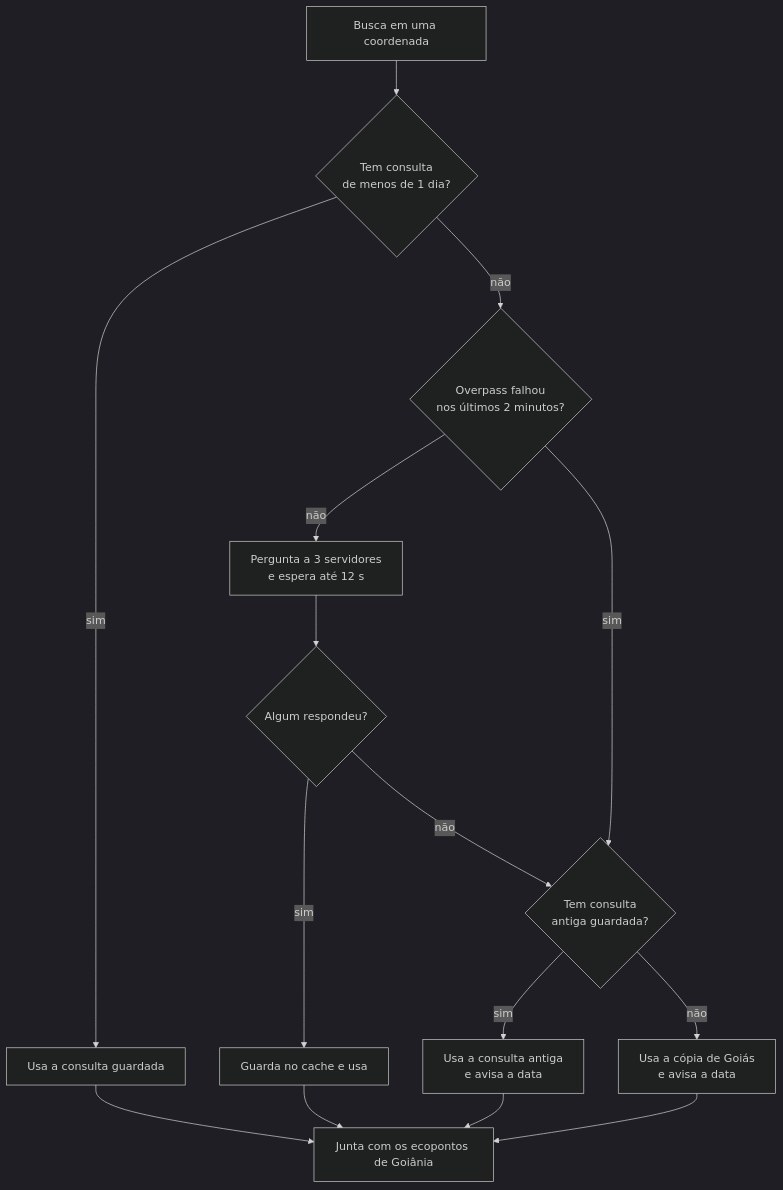
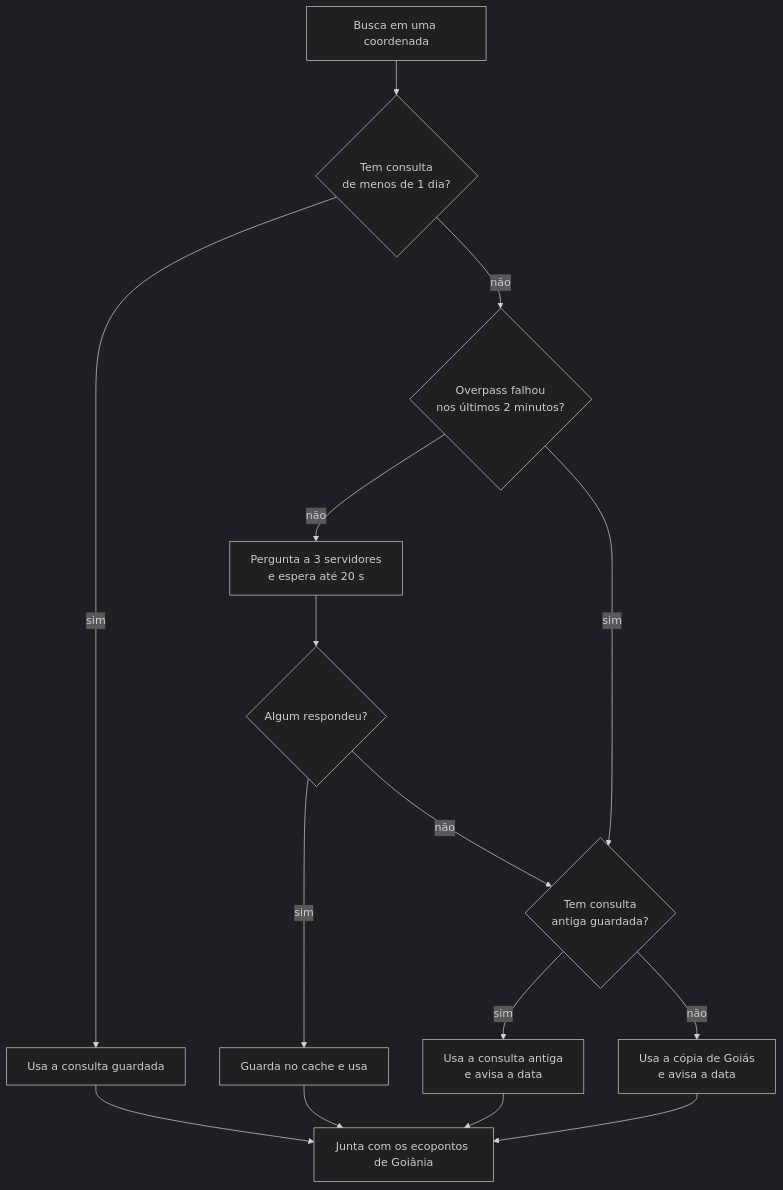
Before and after one commit to GustasSilva/residuogo: the third of 4 diagrams in docs/DIAGRAMAS.md, drawn with Mermaid (dark theme). The commit also changed 7 other files, not shown here.

````diff
--- a/docs/DIAGRAMAS.md
+++ b/docs/DIAGRAMAS.md
@@ -66,17 +66,17 @@
 ```mermaid
 flowchart TD
     inicio["Busca em uma coordenada"] --> cache{"Tem consulta<br/>de menos de 1 dia?"}
     cache -- sim --> usar["Usa a consulta guardada"]
     cache -- não --> falhou{"Overpass falhou<br/>nos últimos 2 minutos?"}
-    falhou -- não --> perguntar["Pergunta a 3 servidores<br/>e espera até 12 s"]
+    falhou -- não --> perguntar["Pergunta a 3 servidores<br/>e espera até 20 s"]
     perguntar --> respondeu{"Algum respondeu?"}
     respondeu -- sim --> guardar["Guarda no cache e usa"]
     respondeu -- não --> antiga{"Tem consulta<br/>antiga guardada?"}
     falhou -- sim --> antiga
     antiga -- sim --> aviso1["Usa a consulta antiga<br/>e avisa a data"]
     antiga -- não --> copia["Usa a cópia de Goiás<br/>e avisa a data"]
     usar --> final["Junta com os ecopontos de Goiânia"]
     guardar --> final
     aviso1 --> final
     copia --> final
 ```
````
